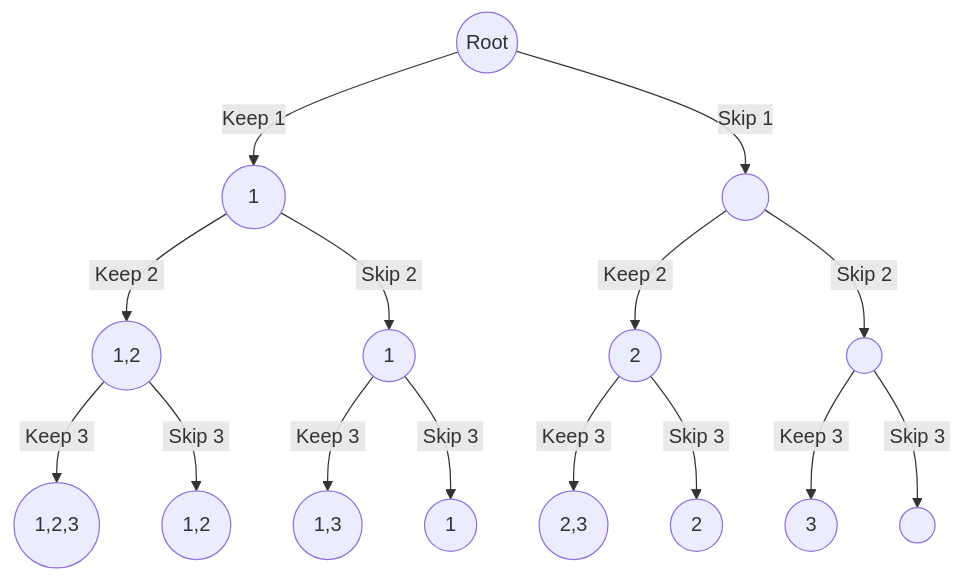
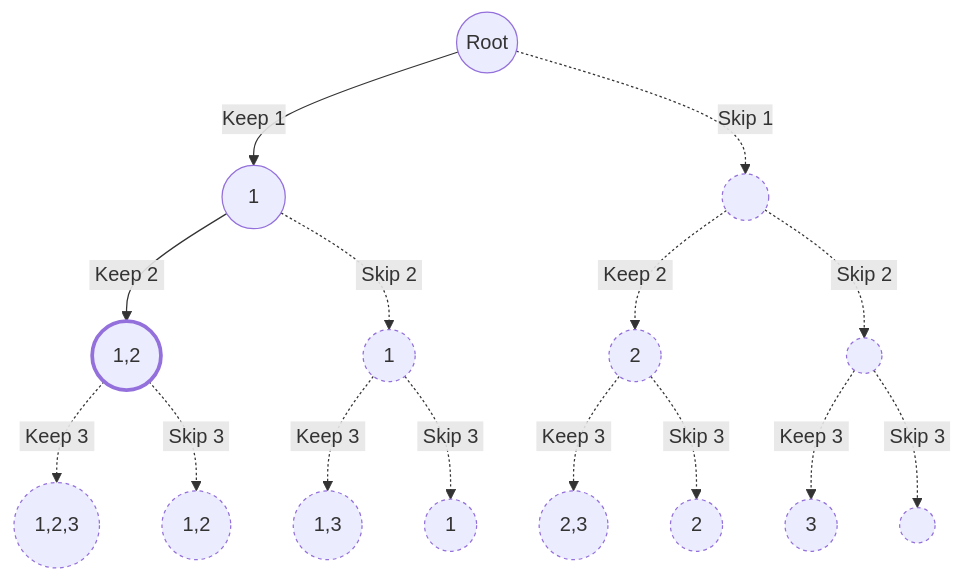
One commit to vchoudhari45/codingcargo-2.0 changed the diagram in docs/2-leetcode/698-partition-to-k-equal-sum-subsets.mdx. Above: the diagram before and after it, drawn with Mermaid. The commit also changed other lines of this file and 6 other files, not shown here.

````diff
--- a/docs/2-leetcode/698-partition-to-k-equal-sum-subsets.mdx
+++ b/docs/2-leetcode/698-partition-to-k-equal-sum-subsets.mdx
@@ -52,24 +52,29 @@
 ```mermaid
 graph TD
+		classDef dottedNodes stroke-dasharray: 3, 3;
+		classDef colorNode stroke-width: 3px;
+
     A((Root)) --Keep 1--> B((&nbsp;&nbsp; 1 &nbsp;&nbsp;))
-    A((Root)) --Skip 1--> C((&nbsp;&nbsp;  &nbsp;&nbsp;))
+    A((Root)) -.Skip 1.-> C((&nbsp;&nbsp;  &nbsp;&nbsp;)) 
     
     B --&nbsp;Keep 2&nbsp;--> E((&nbsp; 1,2 &nbsp;))
-		B --&nbsp;Skip 2&nbsp;--> F((&nbsp; 1 &nbsp;))
+		B -.&nbsp;Skip 2&nbsp;.-> F((&nbsp; 1 &nbsp;))
     
-    C --&nbsp;Keep 2&nbsp;--> G((&nbsp; 2 &nbsp;))
-		C --&nbsp;Skip 2&nbsp;--> H((&nbsp; &nbsp;))
+    C -.&nbsp;Keep 2&nbsp;.-> G((&nbsp; 2 &nbsp;))
+		C -.&nbsp;Skip 2&nbsp;.-> H((&nbsp; &nbsp;))
 
+		E -.&nbsp;Keep 3&nbsp;.-> I((&nbsp; 1,2,3 &nbsp;))
+		E -.&nbsp;Skip 3&nbsp;.-> J((&nbsp; 1,2 &nbsp;))
 
-		E --&nbsp;Keep 3&nbsp;--> I((&nbsp; 1,2,3 &nbsp;))
-		E --&nbsp;Skip 3&nbsp;--> J((&nbsp; 1,2 &nbsp;))
+		F -.&nbsp;Keep 3&nbsp;.-> K((&nbsp; 1,3 &nbsp;))
+		F -.&nbsp;Skip 3&nbsp;.-> L((&nbsp; 1 &nbsp;))
+    
+    G -.&nbsp;Keep 3&nbsp;.-> M((&nbsp; 2,3 &nbsp;))
+		G -.&nbsp;Skip 3&nbsp;.-> N((&nbsp; 2 &nbsp;))
 
-		F --&nbsp;Keep 3&nbsp;--> K((&nbsp; 1,3 &nbsp;))
-		F --&nbsp;Skip 3&nbsp;--> L((&nbsp; 1 &nbsp;))
-    
-    G --&nbsp;Keep 3&nbsp;--> M((&nbsp; 2,3 &nbsp;))
-		G --&nbsp;Skip 3&nbsp;--> N((&nbsp; 2 &nbsp;))
+		H -.&nbsp;Keep 3&nbsp;.-> O((&nbsp; 3 &nbsp;))
+		H -.&nbsp;Skip 3&nbsp;.-> P((&nbsp; &nbsp;))
 
-		H --&nbsp;Keep 3&nbsp;--> O((&nbsp; 3 &nbsp;))
-		H --&nbsp;Skip 3&nbsp;--> P((&nbsp; &nbsp;))
+		class C,G,H,F,I,J,K,L,M,N,O,P dottedNodes;
+		class E colorNode;
 ```
````
